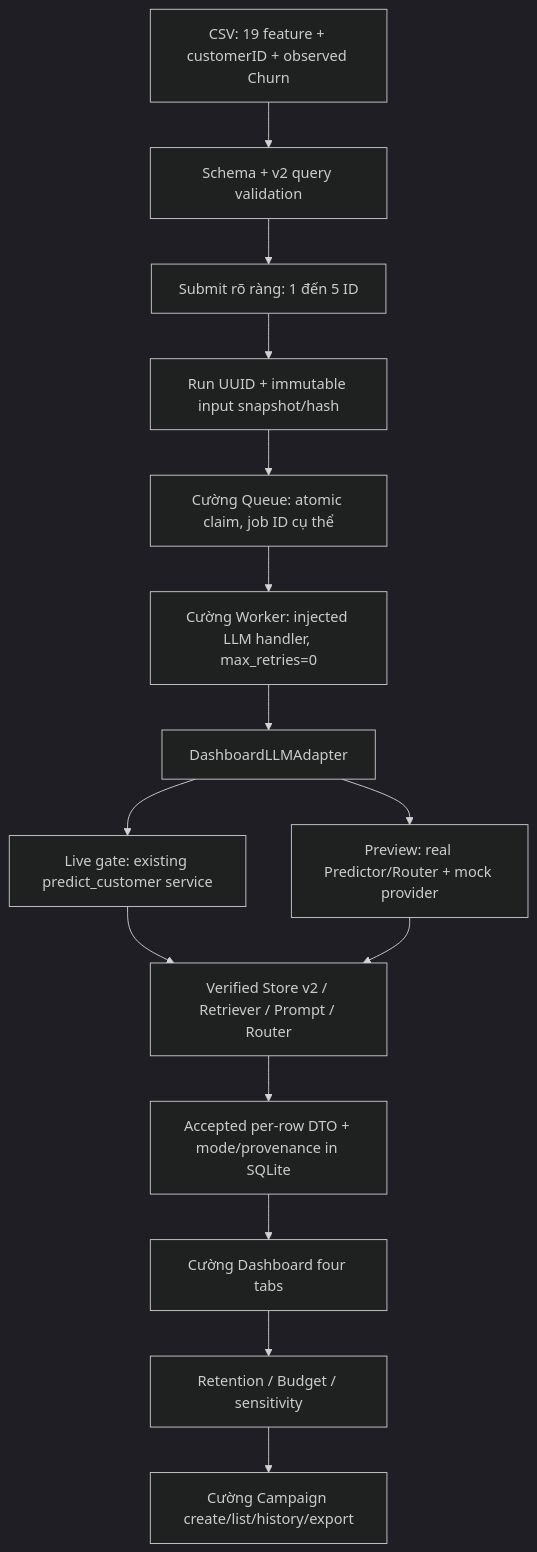
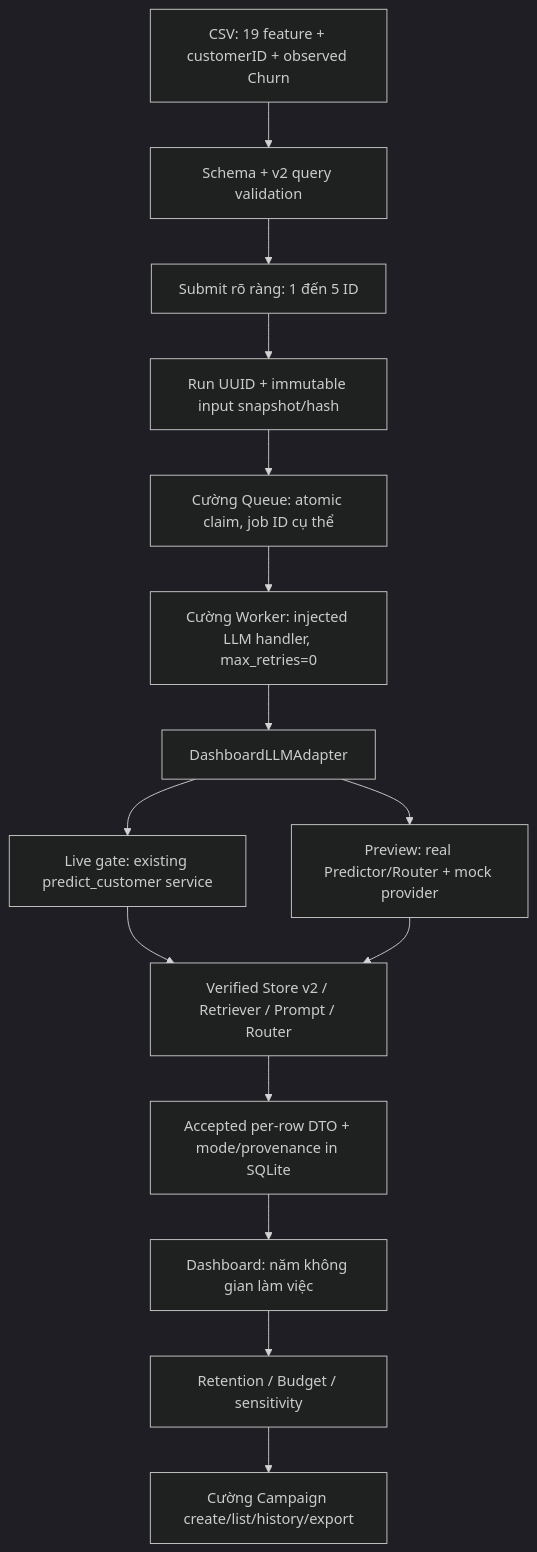
Before and after one commit to dungngo2612/customer-churn-retention: the diagram in docs/cuong_dashboard_llm.md, drawn with Mermaid (dark theme). The commit also changed other lines of this file and 30 other files, not shown here.

````diff
--- a/docs/cuong_dashboard_llm.md
+++ b/docs/cuong_dashboard_llm.md
@@ -10,17 +14,17 @@
 ```mermaid
 flowchart TD
   CSV[CSV: 19 feature + customerID + observed Churn] --> Validate[Schema + v2 query validation]
   Validate --> Select[Submit rõ ràng: 1 đến 5 ID]
   Select --> Snapshot[Run UUID + immutable input snapshot/hash]
   Snapshot --> Queue[Cường Queue: atomic claim, job ID cụ thể]
   Queue --> Worker[Cường Worker: injected LLM handler, max_retries=0]
   Worker --> Adapter[DashboardLLMAdapter]
   Adapter --> Service[Live gate: existing predict_customer service]
   Adapter --> Mock[Preview: real Predictor/Router + mock provider]
   Service --> V2[Verified Store v2 / Retriever / Prompt / Router]
   Mock --> V2
   V2 --> DB[Accepted per-row DTO + mode/provenance in SQLite]
-  DB --> Dashboard[Cường Dashboard four tabs]
+  DB --> Dashboard[Dashboard: năm không gian làm việc]
   Dashboard --> Economy[Retention / Budget / sensitivity]
   Economy --> Campaign[Cường Campaign create/list/history/export]
 ```
````
